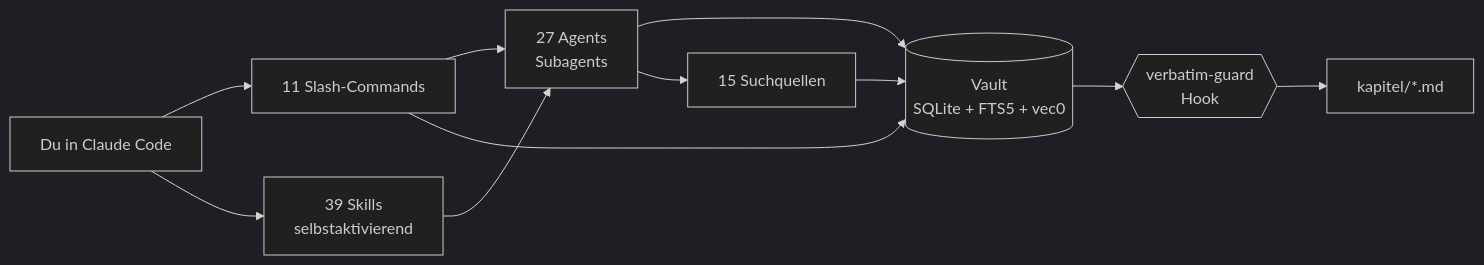
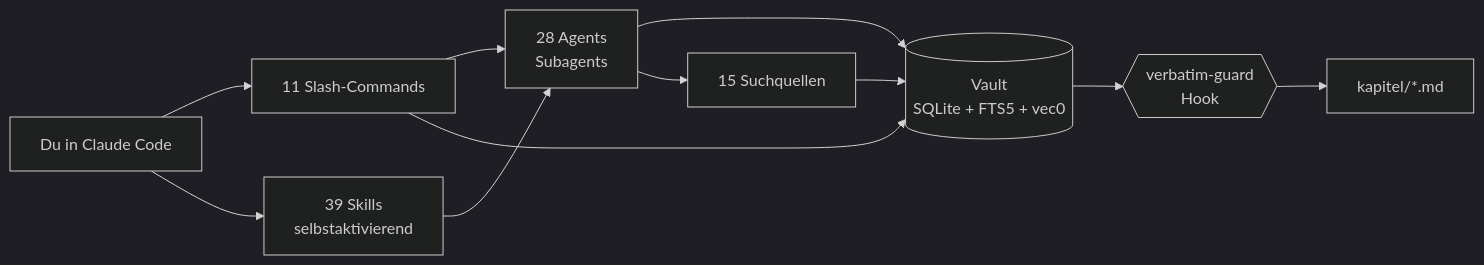
Before and after one commit to ahlerjam/academic-research: the diagram in README.md, drawn with Mermaid (dark theme). The commit also changed other lines of this file and 12 other files, not shown here.

````diff
--- a/README.md
+++ b/README.md
@@ -76,13 +76,13 @@
 ```mermaid
 graph LR
     U[Du in Claude Code] --> C[11 Slash-Commands]
     U --> S[39 Skills<br/>selbstaktivierend]
-    C --> A[27 Agents<br/>Subagents]
+    C --> A[28 Agents<br/>Subagents]
     S --> A
     A --> V[(Vault<br/>SQLite + FTS5 + vec0)]
     C --> V
     A --> Q[15 Suchquellen]
     Q --> V
     V --> H{{verbatim-guard<br/>Hook}}
     H --> K[kapitel/*.md]
 ```
````
